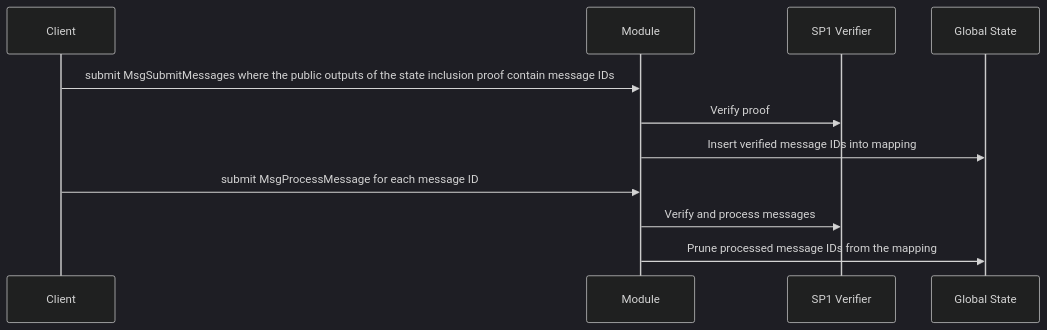
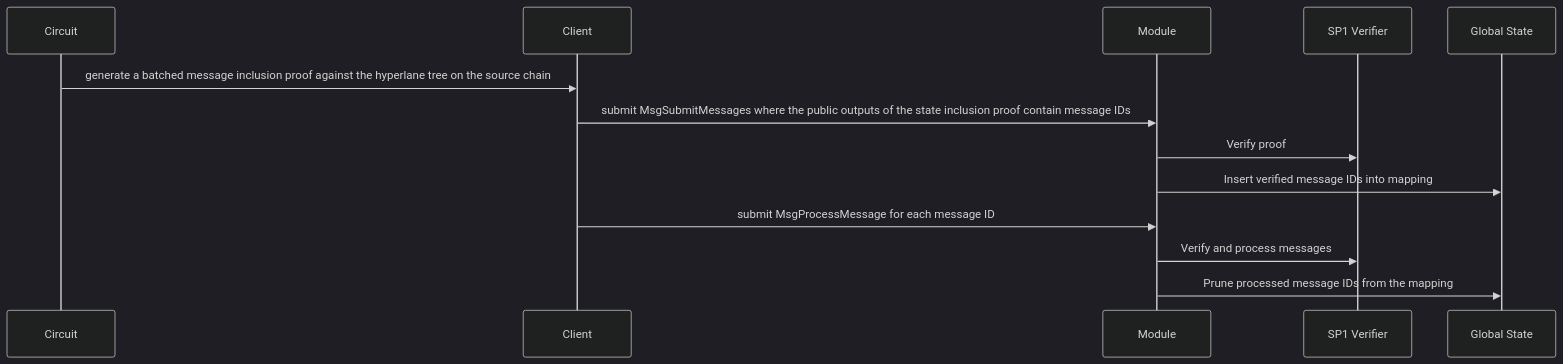
Before and after one commit to celestiaorg/ethereum-zk-consensus-client: the second of 2 diagrams in README.md, drawn with Mermaid (dark theme).

````diff
--- a/README.md
+++ b/README.md
@@ -162,9 +162,10 @@
 ```mermaid
     sequenceDiagram;
+        Circuit->>Client: generate a batched message inclusion proof against the hyperlane tree on the source chain;
         Client->>Module: submit MsgSubmitMessages where the public outputs of the state inclusion proof contain message IDs;
         Module->>SP1 Verifier: Verify proof;
         Module->>Global State: Insert verified message IDs into mapping;
         Client->>Module: submit MsgProcessMessage for each message ID;
         Module->>SP1 Verifier: Verify and process messages;
         Module->>Global State: Prune processed message IDs from the mapping;
 ```
````
